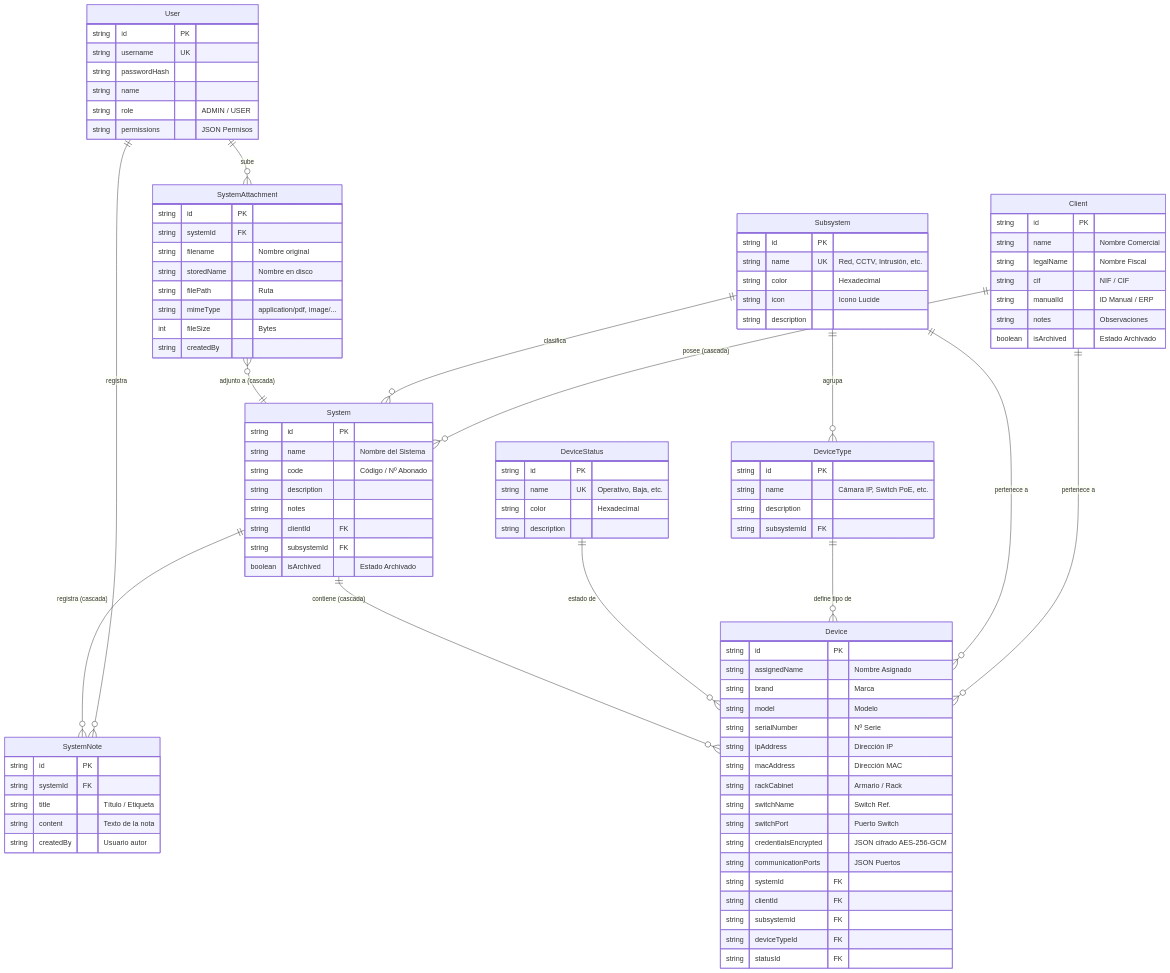
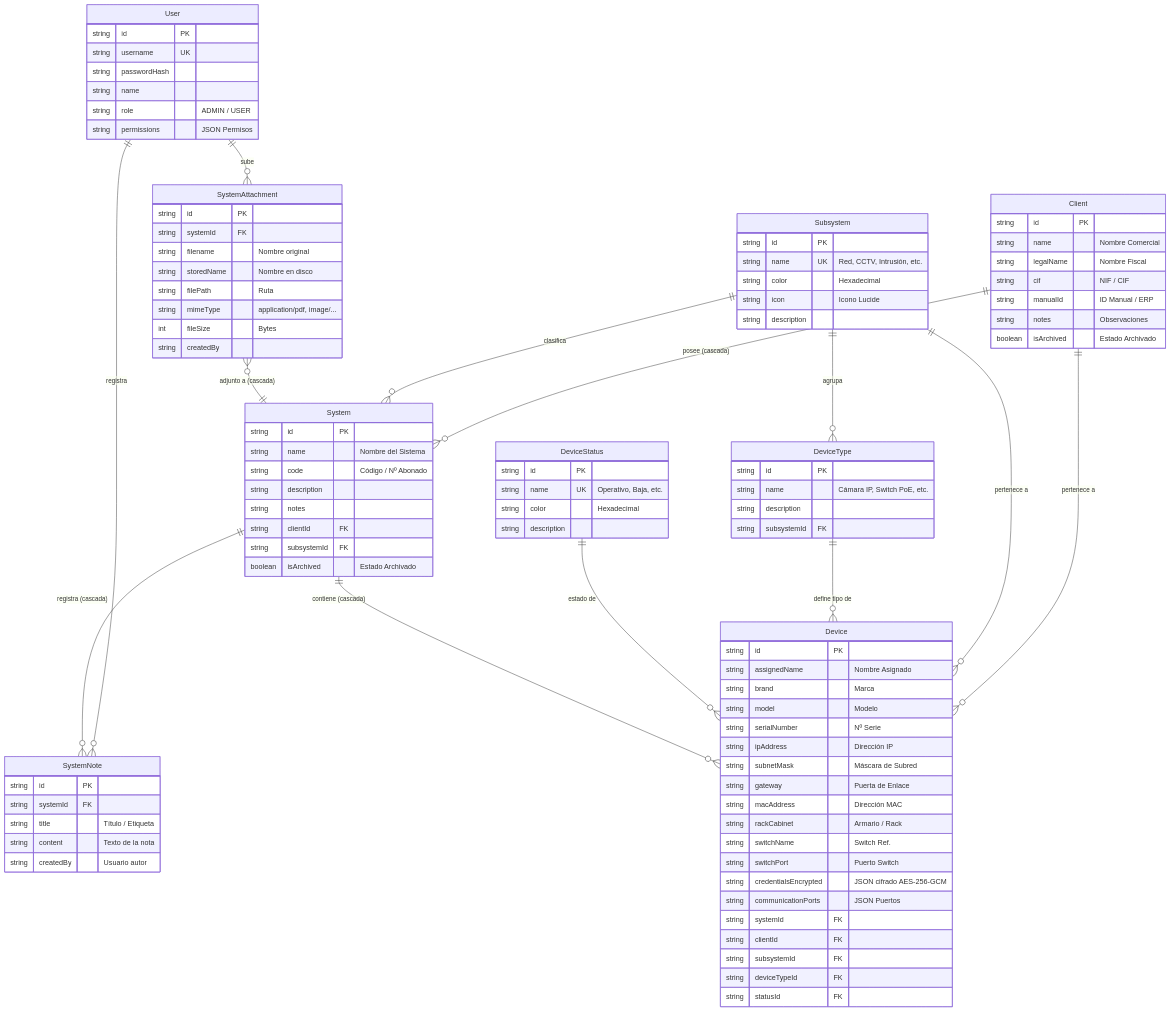
Before and after one commit to nbcloud97/0001_INVENTARIO_DISPOSITIVOS: the diagram in README.md, drawn with Mermaid. The commit also changed other lines of this file and 15 other files, not shown here.

```diff
--- a/README.md
+++ b/README.md
@@ -145,6 +145,8 @@
         string model "Modelo"
         string serialNumber "Nº Serie"
         string ipAddress "Dirección IP"
+        string subnetMask "Máscara de Subred"
+        string gateway "Puerta de Enlace"
         string macAddress "Dirección MAC"
         string rackCabinet "Armario / Rack"
         string switchName "Switch Ref."
```
